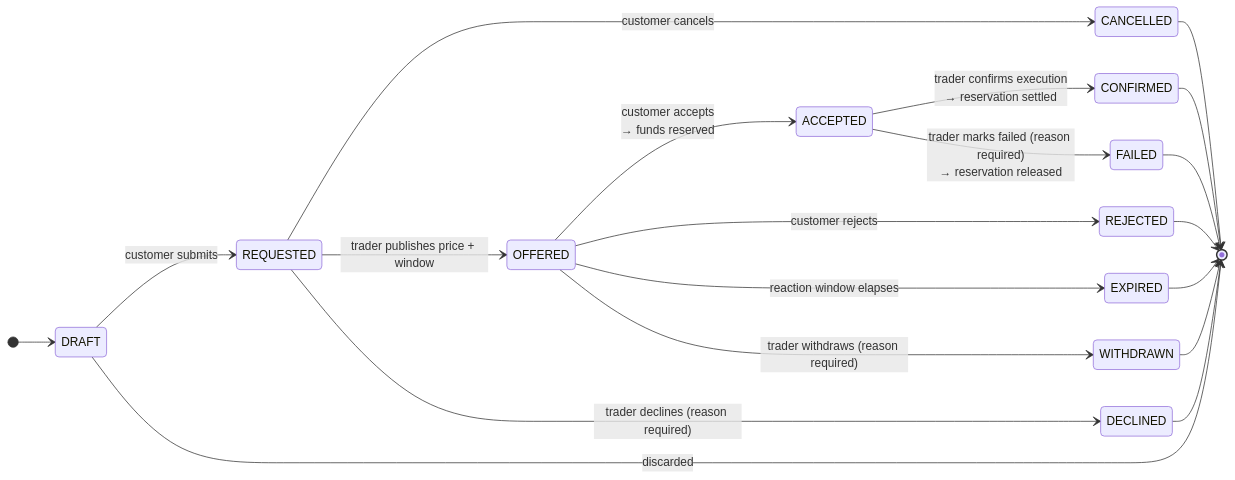
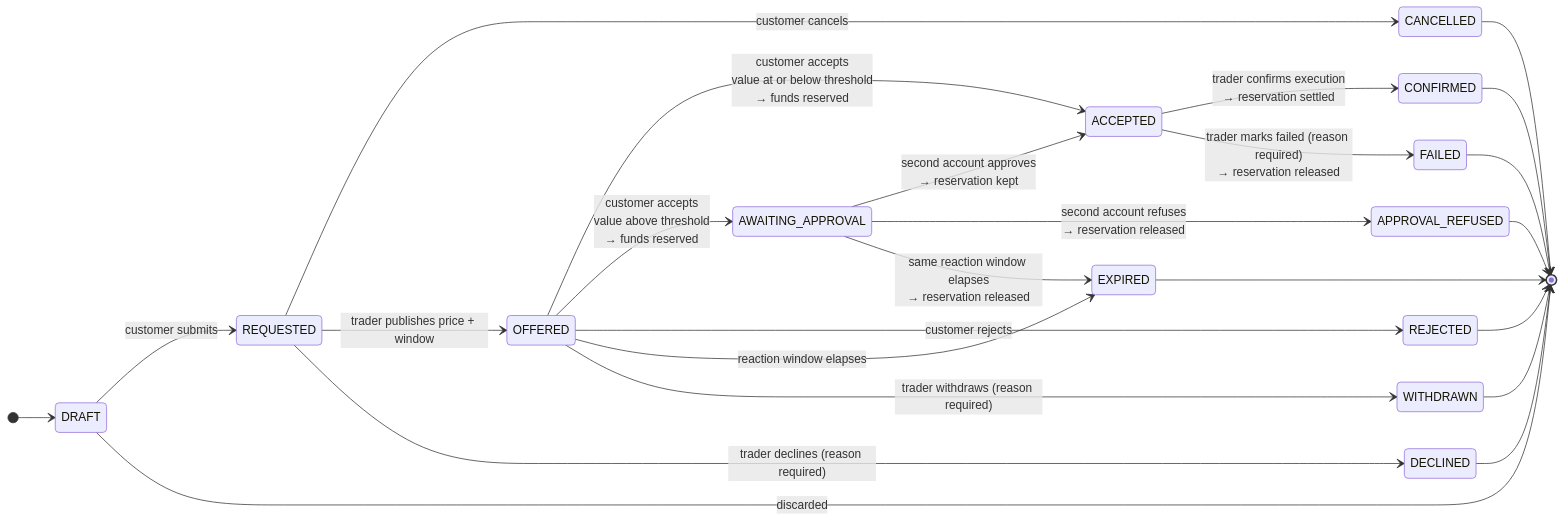
The second of 4 diagrams in specs/10-features/F05-energy-block-trading.md (lukastosic-ifd/peakpowerspecs), drawn with Mermaid before and after one commit. The commit also changed other lines of this file and 43 other files, not shown here.

````diff
--- a/specs/10-features/F05-energy-block-trading.md
+++ b/specs/10-features/F05-energy-block-trading.md
@@ -74,28 +83,34 @@
 ```mermaid
 stateDiagram-v2
     direction LR
     [*] --> DRAFT
 
     DRAFT --> REQUESTED: customer submits
     DRAFT --> [*]: discarded
 
     REQUESTED --> CANCELLED: customer cancels
     REQUESTED --> OFFERED: trader publishes price + window
     REQUESTED --> DECLINED: trader declines (reason required)
 
-    OFFERED --> ACCEPTED: customer accepts<br/>→ funds reserved
+    OFFERED --> ACCEPTED: customer accepts<br/>value at or below threshold<br/>→ funds reserved
+    OFFERED --> AWAITING_APPROVAL: customer accepts<br/>value above threshold<br/>→ funds reserved
     OFFERED --> REJECTED: customer rejects
     OFFERED --> EXPIRED: reaction window elapses
     OFFERED --> WITHDRAWN: trader withdraws (reason required)
+
+    AWAITING_APPROVAL --> ACCEPTED: second account approves<br/>→ reservation kept
+    AWAITING_APPROVAL --> APPROVAL_REFUSED: second account refuses<br/>→ reservation released
+    AWAITING_APPROVAL --> EXPIRED: same reaction window elapses<br/>→ reservation released
 
     ACCEPTED --> CONFIRMED: trader confirms execution<br/>→ reservation settled
     ACCEPTED --> FAILED: trader marks failed (reason required)<br/>→ reservation released
 
     CONFIRMED --> [*]
     CANCELLED --> [*]
     DECLINED --> [*]
     REJECTED --> [*]
     EXPIRED --> [*]
     WITHDRAWN --> [*]
     FAILED --> [*]
+    APPROVAL_REFUSED --> [*]
 ```
````
